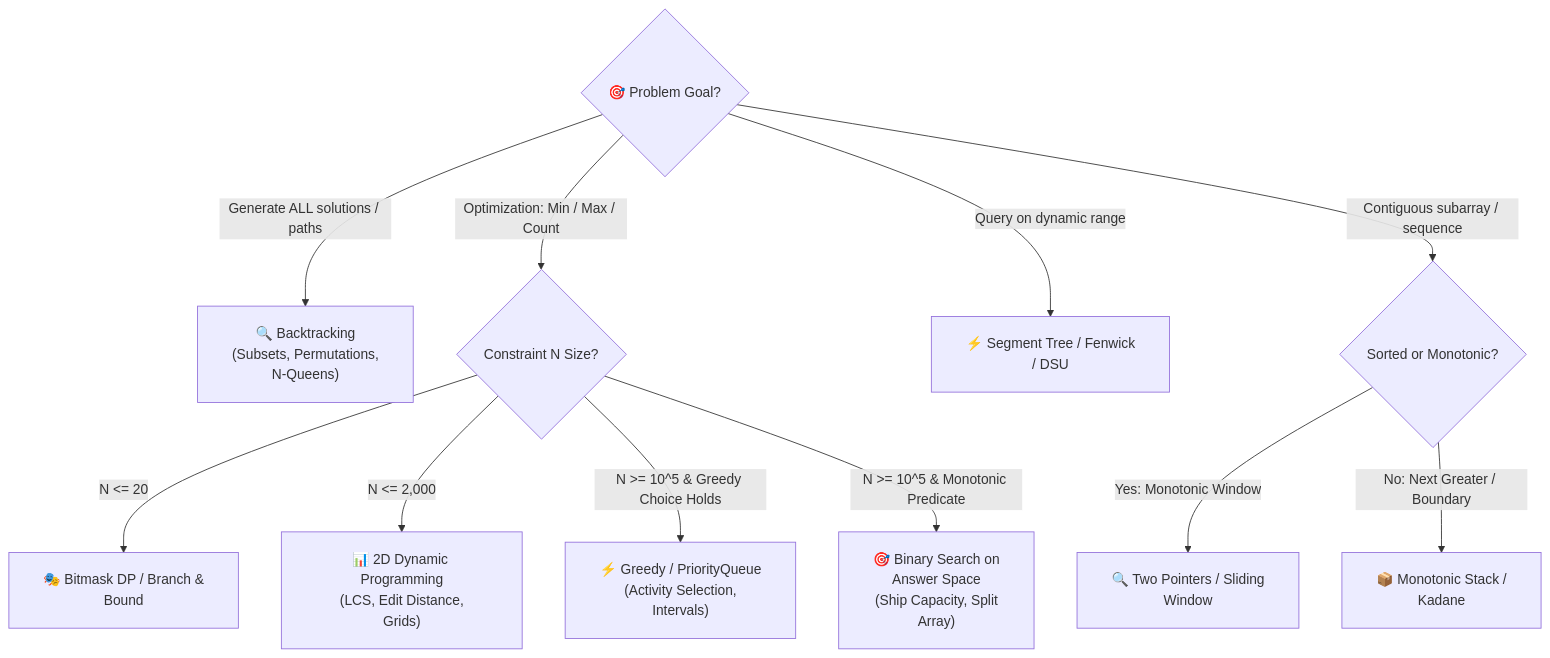
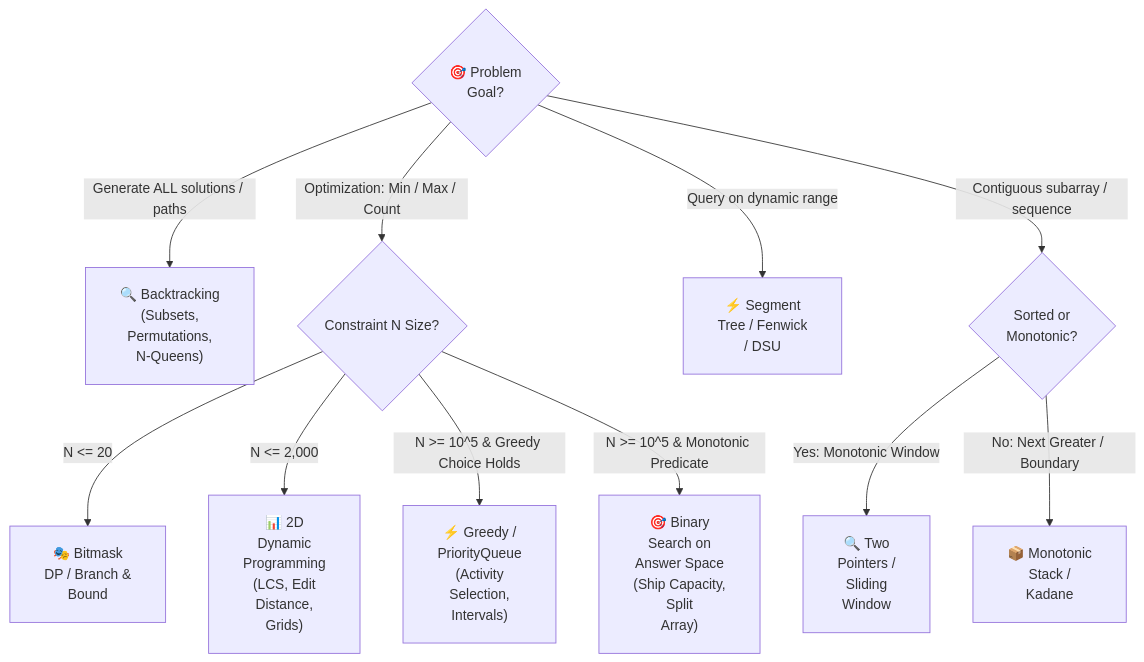
One commit to dip4k/DSA_102 changed the diagram in week_13_backtracking_and_branch_bound/Week_13_Day_05_Mixed_Paradigm_Problems_Instructional.md. Above: the diagram before and after it, drawn with Mermaid. The commit also changed 106 other files, not shown here.

First line of the commit message:
fix(mermaid): prevent text clipping with foreignObject overflow and tighter line wrapping

````diff
--- a/week_13_backtracking_and_branch_bound/Week_13_Day_05_Mixed_Paradigm_Problems_Instructional.md
+++ b/week_13_backtracking_and_branch_bound/Week_13_Day_05_Mixed_Paradigm_Problems_Instructional.md
@@ -298,18 +298,18 @@
 ```mermaid
-%%{init: {"flowchart": {"htmlLabels": true, "padding": 20}}}%%
+%%{init: {"flowchart": {"htmlLabels": true, "padding": 20}, "themeCSS": "foreignObject { overflow: visible !important; }"}}%%
 flowchart TD
-    Start{"🎯 Problem Goal?"}
+    Start{"🎯 Problem<br/>Goal?"}
 
-    Start -->|"Generate ALL solutions / paths"| PathAll["🔍 Backtracking<br/>(Subsets, Permutations,<br/>N-Queens)"]
+    Start -->|"Generate ALL solutions / paths"| PathAll["🔍 Backtracking<br/>(Subsets,<br/>Permutations,<br/>N-Queens)"]
     Start -->|"Optimization: Min / Max / Count"| PathOpt{"Constraint N Size?"}
-    Start -->|"Query on dynamic range"| PathRange["⚡ Segment Tree / Fenwick<br/>/ DSU"]
-    Start -->|"Contiguous subarray / sequence"| PathSeq{"Sorted or Monotonic?"}
+    Start -->|"Query on dynamic range"| PathRange["⚡ Segment<br/>Tree / Fenwick<br/>/ DSU"]
+    Start -->|"Contiguous subarray / sequence"| PathSeq{"Sorted or<br/>Monotonic?"}
 
-    PathOpt -->|"N <= 20"| OptBitmask["🎭 Bitmask DP / Branch &<br/>Bound"]
-    PathOpt -->|"N <= 2,000"| OptDP2D["📊 2D Dynamic Programming<br/>(LCS, Edit Distance,<br/>Grids)"]
-    PathOpt -->|"N >= 10^5 & Greedy Choice Holds"| OptGreedy["⚡ Greedy / PriorityQueue<br/>(Activity Selection,<br/>Intervals)"]
-    PathOpt -->|"N >= 10^5 & Monotonic Predicate"| OptBS["🎯 Binary Search on<br/>Answer Space<br/>(Ship Capacity, Split<br/>Array)"]
+    PathOpt -->|"N <= 20"| OptBitmask["🎭 Bitmask<br/>DP / Branch &<br/>Bound"]
+    PathOpt -->|"N <= 2,000"| OptDP2D["📊 2D<br/>Dynamic<br/>Programming<br/>(LCS, Edit<br/>Distance,<br/>Grids)"]
+    PathOpt -->|"N >= 10^5 & Greedy Choice Holds"| OptGreedy["⚡ Greedy /<br/>PriorityQueue<br/>(Activity<br/>Selection,<br/>Intervals)"]
+    PathOpt -->|"N >= 10^5 & Monotonic Predicate"| OptBS["🎯 Binary<br/>Search on<br/>Answer Space<br/>(Ship Capacity,<br/>Split<br/>Array)"]
 
-    PathSeq -->|"Yes: Monotonic Window"| SeqWindow["🔍 Two Pointers / Sliding<br/>Window"]
-    PathSeq -->|"No: Next Greater / Boundary"| SeqStack["📦 Monotonic Stack /<br/>Kadane"]
+    PathSeq -->|"Yes: Monotonic Window"| SeqWindow["🔍 Two<br/>Pointers /<br/>Sliding<br/>Window"]
+    PathSeq -->|"No: Next Greater / Boundary"| SeqStack["📦 Monotonic<br/>Stack /<br/>Kadane"]
 ```
````
